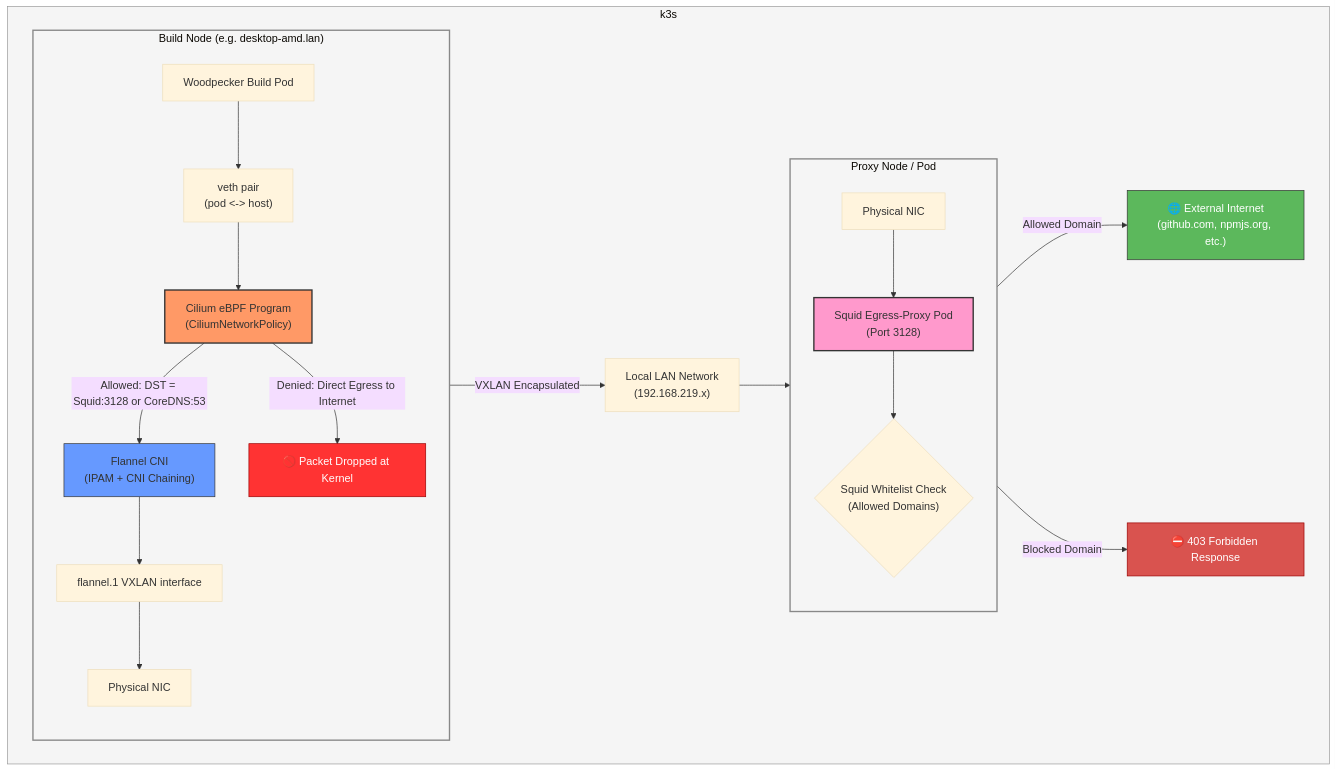
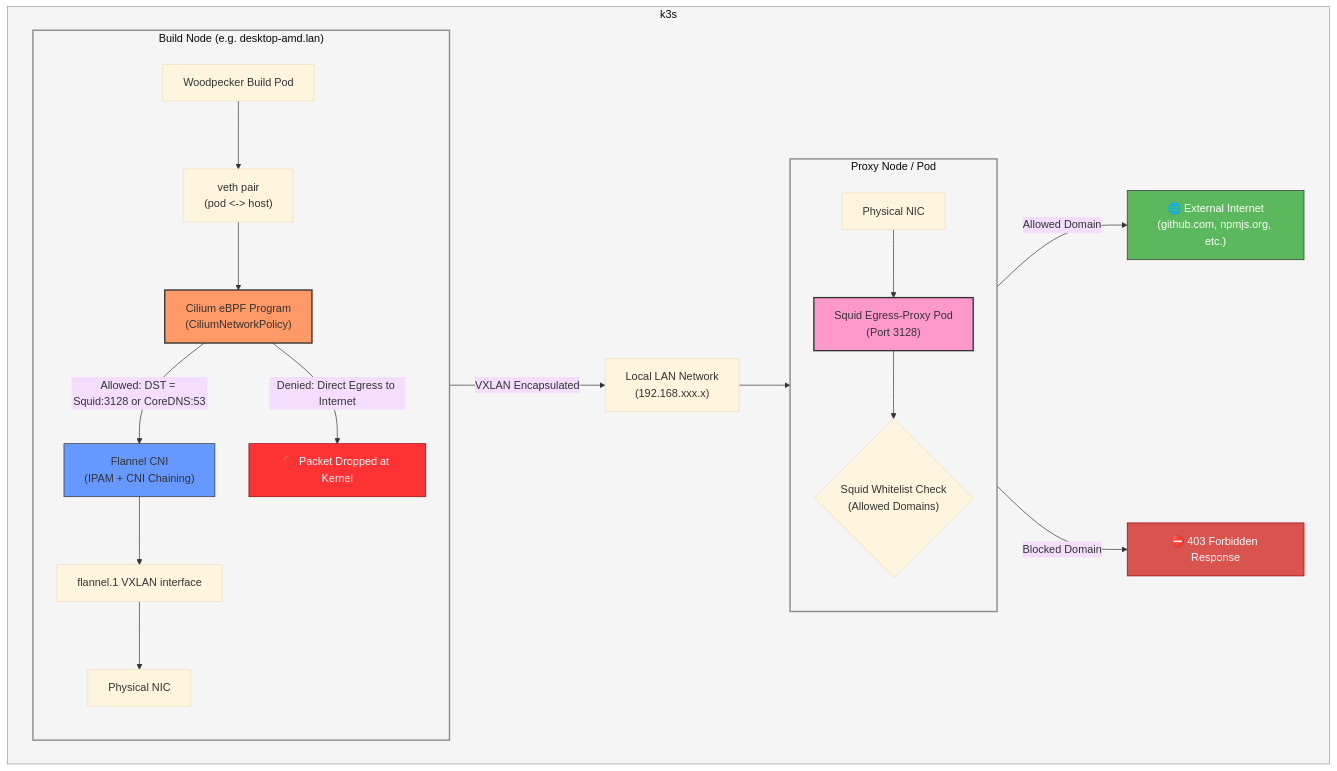
Before and after one commit to Youngjin-KimY/blog: the diagram in content/posts/2026-07-29-egress-and-cni.md, drawn with Mermaid.

Commit message:
modify private network ip

````diff
--- a/content/posts/2026-07-29-egress-and-cni.md
+++ b/content/posts/2026-07-29-egress-and-cni.md
@@ -22,58 +22,58 @@
 ```mermaid
 %%{
 init: {
   "theme": "base",
   "themeVariables": {
     "background": "#ffffff",
     "clusterBkg": "#f5f5f5",
     "clusterBorder": "#999999",
     "lineColor": "#333333"
   }
 }
 }%%
 flowchart TB
 subgraph k3s
     subgraph BuildNode["Build Node (e.g. desktop-amd.lan)"]
         direction TB
         Pod["Woodpecker Build Pod"]
         Veth["veth pair<br/>(pod <-> host)"]
         CiliumBPF["Cilium eBPF Program<br/>(CiliumNetworkPolicy)"]
         FlannelCNI["Flannel CNI<br/>(IPAM + CNI Chaining)"]
         VXLAN["flannel.1 VXLAN interface"]
         NIC1["Physical NIC"]
 
         Pod --> Veth
         Veth --> CiliumBPF
         
         CiliumBPF -->|Allowed: DST = Squid:3128 or CoreDNS:53| FlannelCNI
         CiliumBPF -->|Denied: Direct Egress to Internet| Drop["🚫 Packet Dropped at Kernel"]
         
         FlannelCNI --> VXLAN
         VXLAN --> NIC1
     end
 
-    NIC1 -->|VXLAN Encapsulated| Network["Local LAN Network<br/>(192.168.219.x)"]
+    NIC1 -->|VXLAN Encapsulated| Network["Local LAN Network<br/>(192.168.xxx.x)"]
 
     subgraph ProxyNode["Proxy Node / Pod"]
         direction TB
         NIC2["Physical NIC"]
         SquidPod["Squid Egress-Proxy Pod<br/>(Port 3128)"]
         SquidFilter{"Squid Whitelist Check<br/>(Allowed Domains)"}
         
         NIC2 --> SquidPod
         SquidPod --> SquidFilter
     end
 
     Network --> NIC2
     SquidFilter -->|Allowed Domain| Internet["🌐 External Internet<br/>(github.com, npmjs.org, etc.)"]
     SquidFilter -->|Blocked Domain| ProxyDrop["⛔ 403 Forbidden Response"]
 end
     style CiliumBPF fill:#f96,stroke:#333,stroke-width:2px
     style FlannelCNI fill:#69f,stroke:#333
     style Drop fill:#f33,stroke:#900,color:#fff
     style SquidPod fill:#f9c,stroke:#333,stroke-width:2px
     style ProxyDrop fill:#d9534f,stroke:#900,color:#fff
     style Internet fill:#5cb85c,stroke:#333,color:#fff
     style BuildNode fill:#f5f5f5,stroke:#888,stroke-width:2px
     style ProxyNode fill:#f5f5f5,stroke:#888,stroke-width:2px
 ```
````
